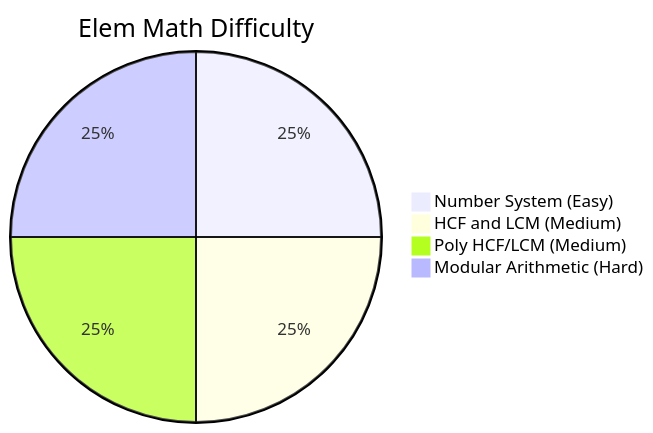
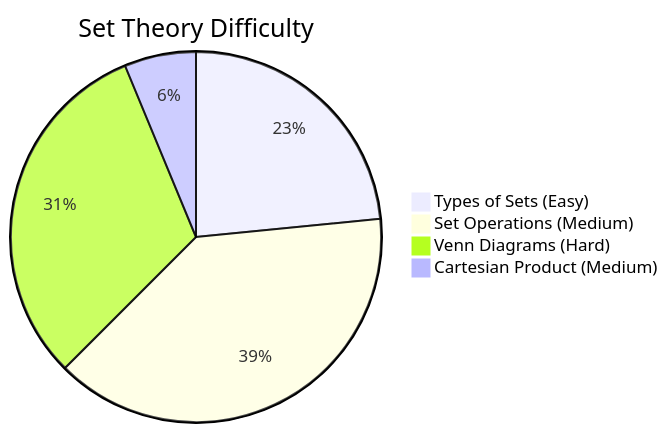
One commit to skc-coder/SAGE changed the second of 2 diagrams in content/cds/math/math_overview.md. Above: the diagram before and after it, drawn with Mermaid. The commit also changed other lines of this file and 15 other files, not shown here.

Commit message:
feat(sage): study chapter 19 set theory - subtopics, notes, categorized questions, and variations

````diff
--- a/content/cds/math/math_overview.md
+++ b/content/cds/math/math_overview.md
@@ -33,7 +21,7 @@
 ```mermaid
-pie title Elem Math Difficulty
-    "Number System (Easy)" : 1
-    "HCF and LCM (Medium)" : 1
-    "Poly HCF/LCM (Medium)" : 1
-    "Modular Arithmetic (Hard)" : 1
+pie title Set Theory Difficulty
+    "Types of Sets (Easy)" : 15
+    "Set Operations (Medium)" : 25
+    "Venn Diagrams (Hard)" : 20
+    "Cartesian Product (Medium)" : 4
 ```
````
